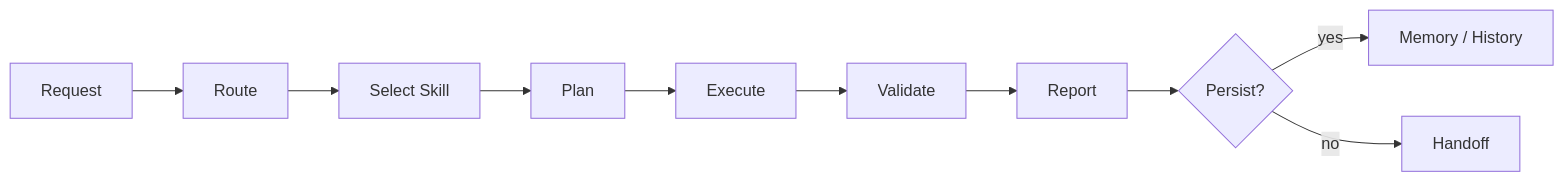
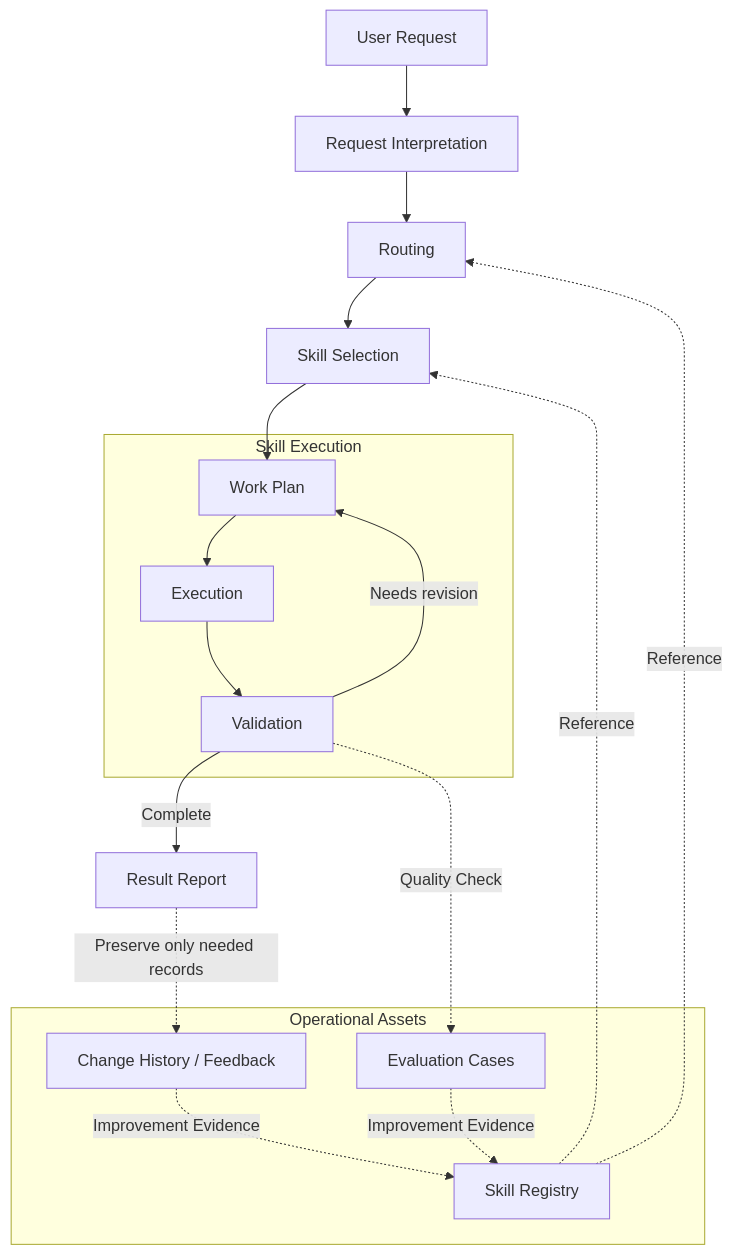
Before and after one commit to jhan153/skill-system: the diagram in README.md, drawn with Mermaid. The commit also changed other lines of this file and 1 other file, not shown here.

First line of the commit message:
refactor: rename Personal Skill System to AI Skill System and update documentation

````diff
--- a/README.md
+++ b/README.md
@@ -190,12 +38,29 @@
 ```mermaid
-flowchart LR
-  A[Request] --> B[Route]
-  B --> C[Select Skill]
-  C --> D[Plan]
-  D --> E[Execute]
-  E --> F[Validate]
-  F --> G[Report]
-  G --> H{Persist?}
-  H -- yes --> I[Memory / History]
-  H -- no --> J[Handoff]
+flowchart TB
+  A[User Request] --> B[Request Interpretation]
+
+  B --> C[Routing]
+  C --> D[Skill Selection]
+  D --> E[Work Plan]
+
+  subgraph S[Skill Execution]
+    E --> F[Execution]
+    F --> G[Validation]
+    G -- Needs revision --> E
+  end
+
+  G -- Complete --> H[Result Report]
+
+  subgraph K[Operational Assets]
+    R[Skill Registry]
+    V[Evaluation Cases]
+    L[Change History / Feedback]
+  end
+
+  R -. Reference .-> C
+  R -. Reference .-> D
+  G -. Quality Check .-> V
+  H -. Preserve only needed records .-> L
+  V -. Improvement Evidence .-> R
+  L -. Improvement Evidence .-> R
 ```
````
